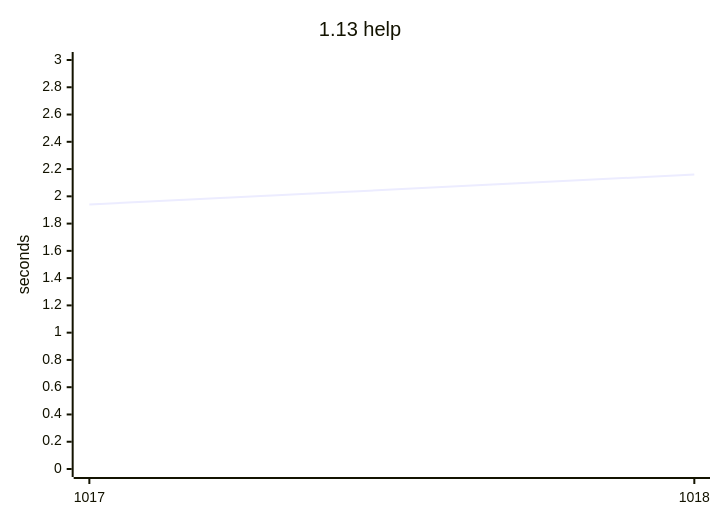
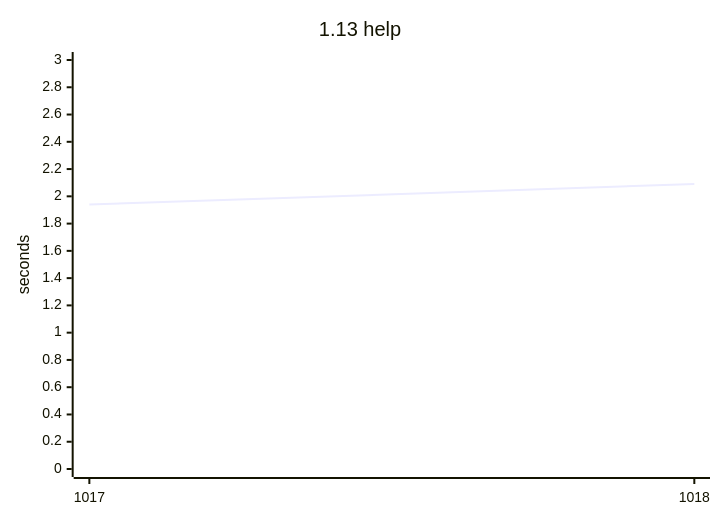
The first of 2 diagrams in README.md (yamanori99/DistSSHRun.jl), drawn with Mermaid before and after one commit. The commit also changed other lines of this file and 1 other file, not shown here.

````diff
--- a/README.md
+++ b/README.md
@@ -21,7 +21,7 @@
 ```mermaid
 xychart-beta
     title "1.13 help"
     x-axis ["1017", "1018"]
     y-axis "seconds" 0 --> 3
-    line [1.94, 2.16]
+    line [1.94, 2.09]
 ```
````
